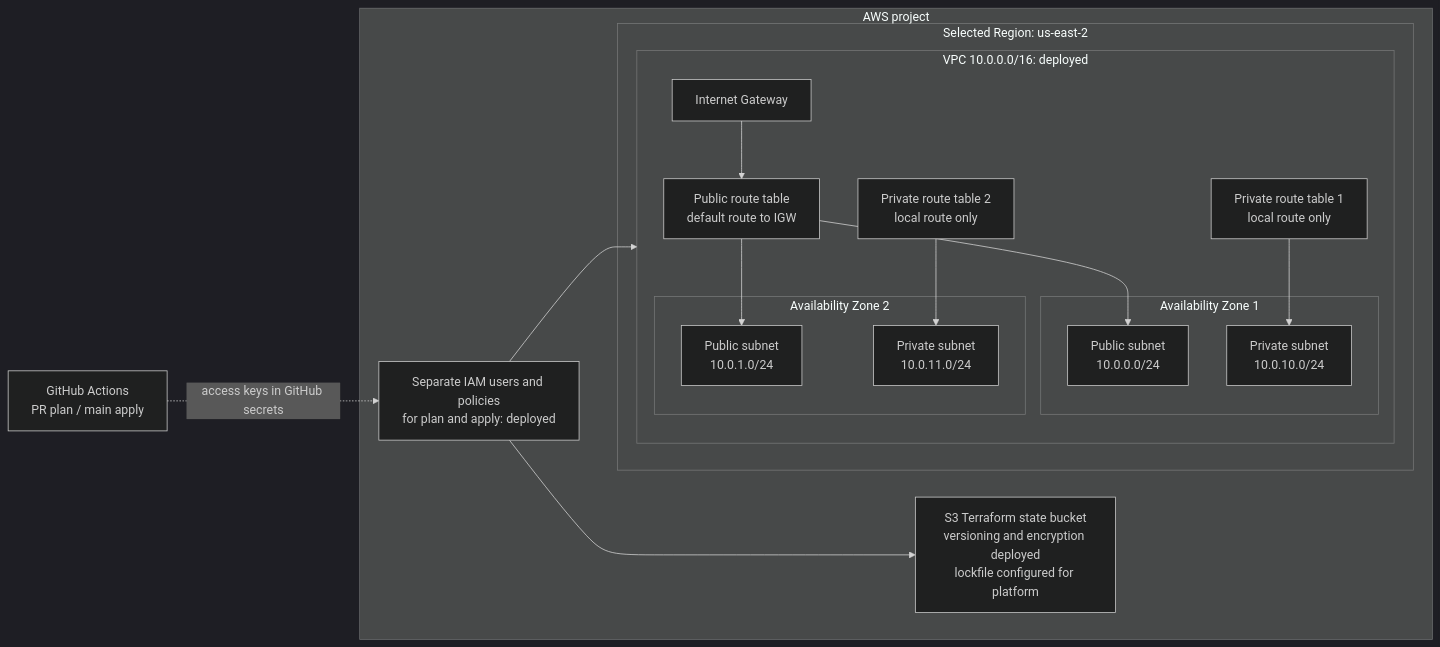
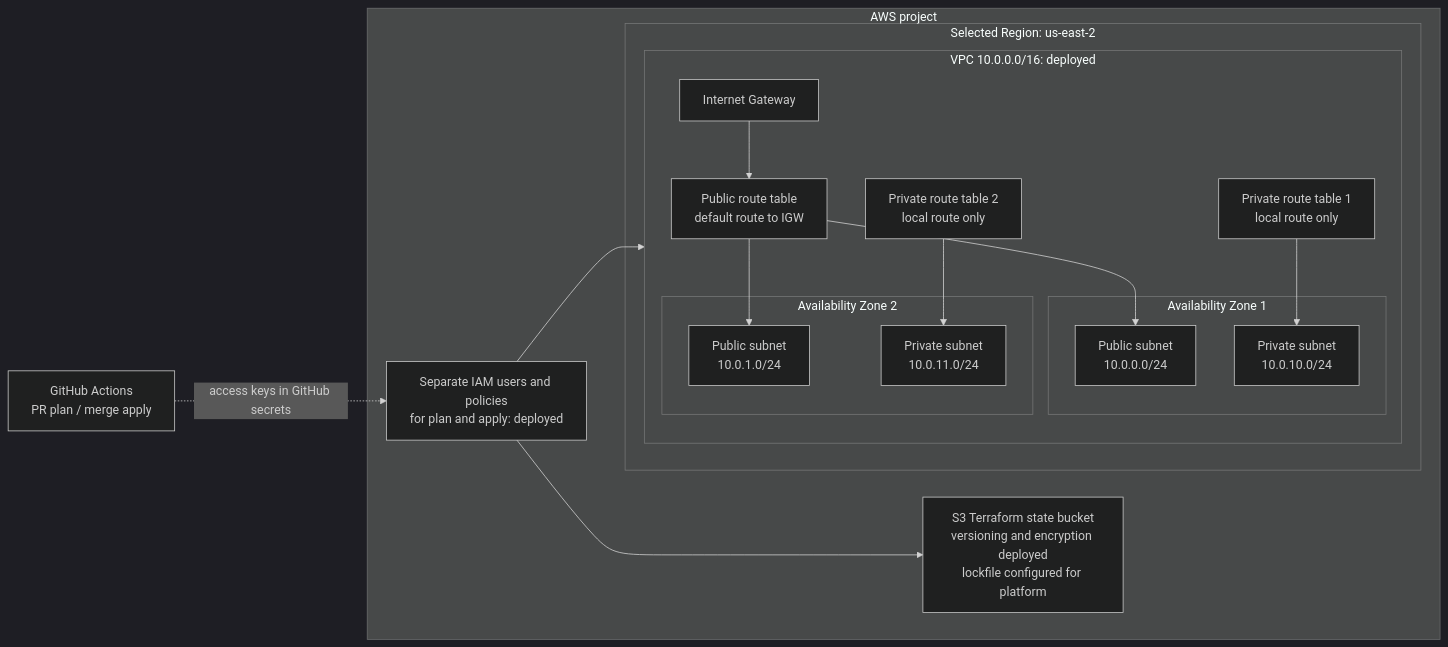
Before and after one commit to ramirocastillo93/aws-eks-platform-lab: the diagram in README.md, drawn with Mermaid (dark theme). The commit also changed other lines of this file and 3 other files, not shown here.

Commit message:
Require reviewed Terraform plan before merge apply

````diff
--- a/README.md
+++ b/README.md
@@ -13,34 +13,34 @@
 ```mermaid
 flowchart LR
-    gh[GitHub Actions<br/>PR plan / main apply]
+    gh[GitHub Actions<br/>PR plan / merge apply]
 
     subgraph aws[AWS project]
         iam[Separate IAM users and policies<br/>for plan and apply: deployed]
         state[S3 Terraform state bucket<br/>versioning and encryption deployed<br/>lockfile configured for platform]
 
         subgraph region[Selected Region: us-east-2]
             subgraph vpc[VPC 10.0.0.0/16: deployed]
                 igw[Internet Gateway]
                 prt[Public route table<br/>default route to IGW]
                 subgraph az1[Availability Zone 1]
                     pub1[Public subnet<br/>10.0.0.0/24]
                     priv1[Private subnet<br/>10.0.10.0/24]
                 end
                 subgraph az2[Availability Zone 2]
                     pub2[Public subnet<br/>10.0.1.0/24]
                     priv2[Private subnet<br/>10.0.11.0/24]
                 end
                 r1[Private route table 1<br/>local route only]
                 r2[Private route table 2<br/>local route only]
             end
         end
     end
 
     gh -. access keys in GitHub secrets .-> iam
     iam --> state
     iam --> vpc
     igw --> prt
     prt --> pub1 & pub2
     r1 --> priv1
     r2 --> priv2
 ```
````
